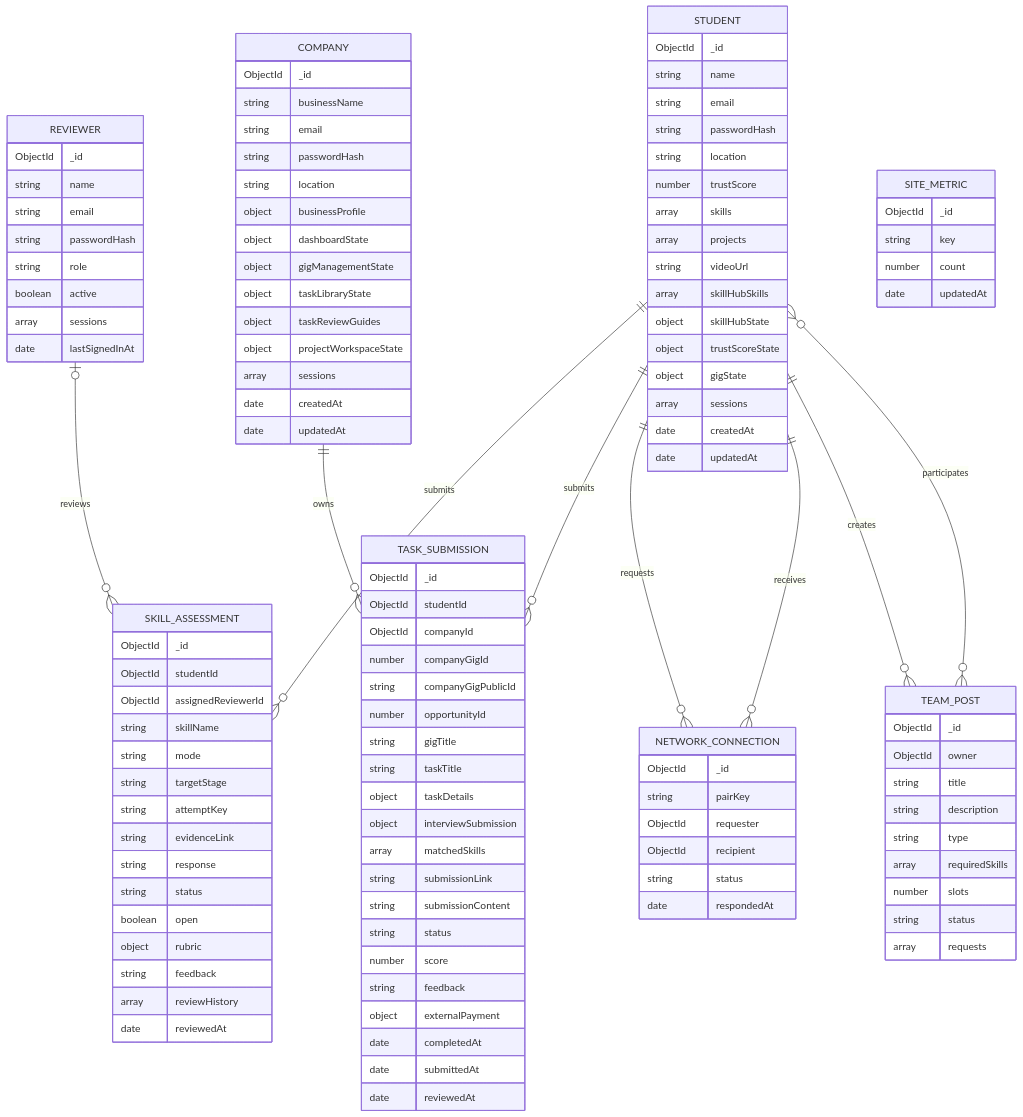
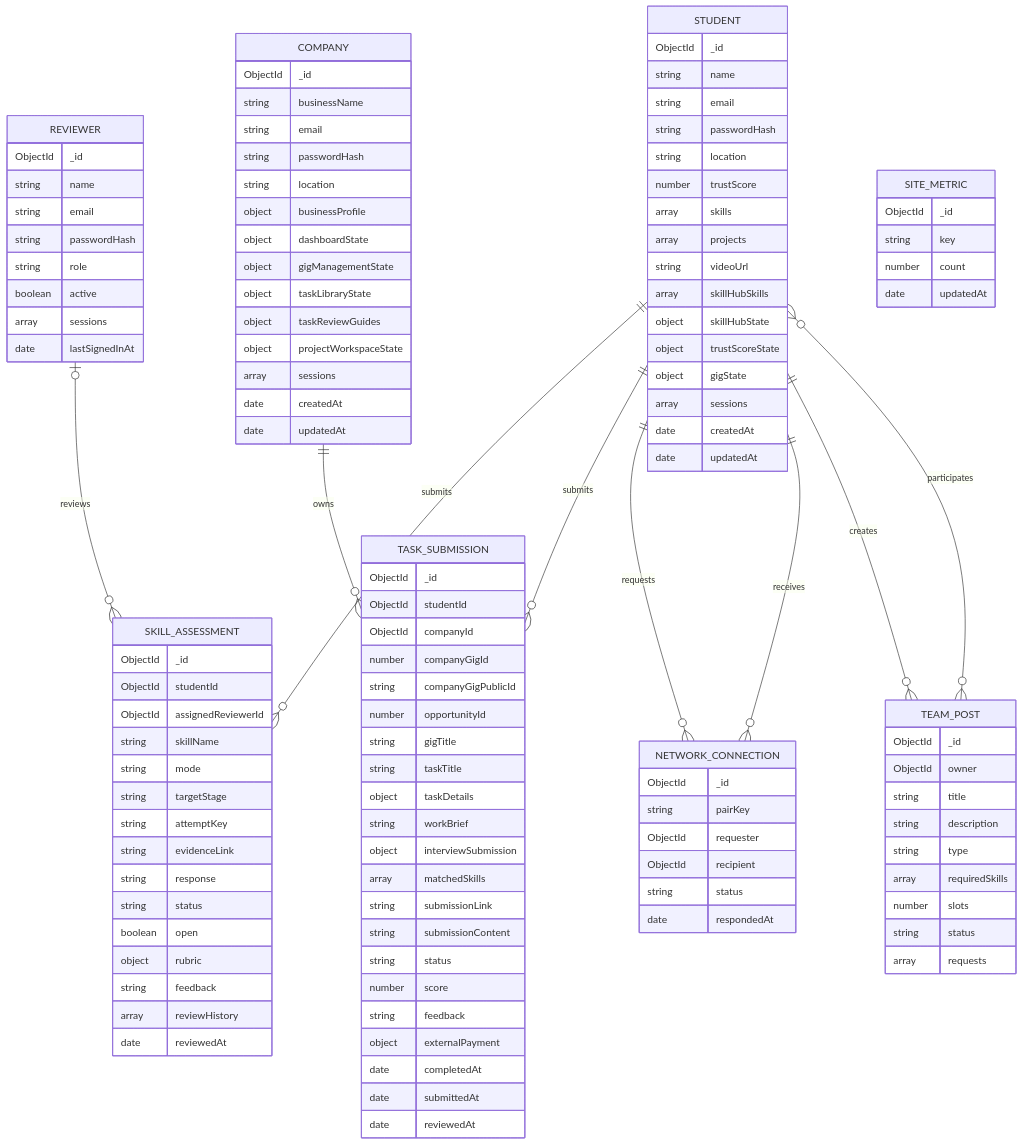
The fifth of 5 diagrams in README.md (debarghya131/SkillBridge), drawn with Mermaid before and after one commit. The commit also changed other lines of this file and 104 other files, not shown here.

```diff
--- a/README.md
+++ b/README.md
@@ -645,6 +850,7 @@
         string gigTitle
         string taskTitle
         object taskDetails
+        string workBrief
         object interviewSubmission
         array matchedSkills
         string submissionLink
```
